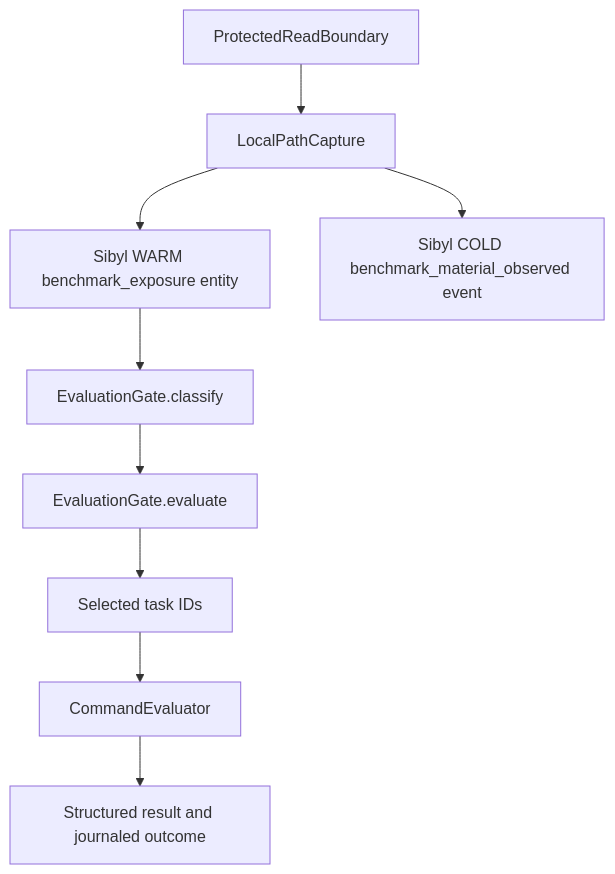
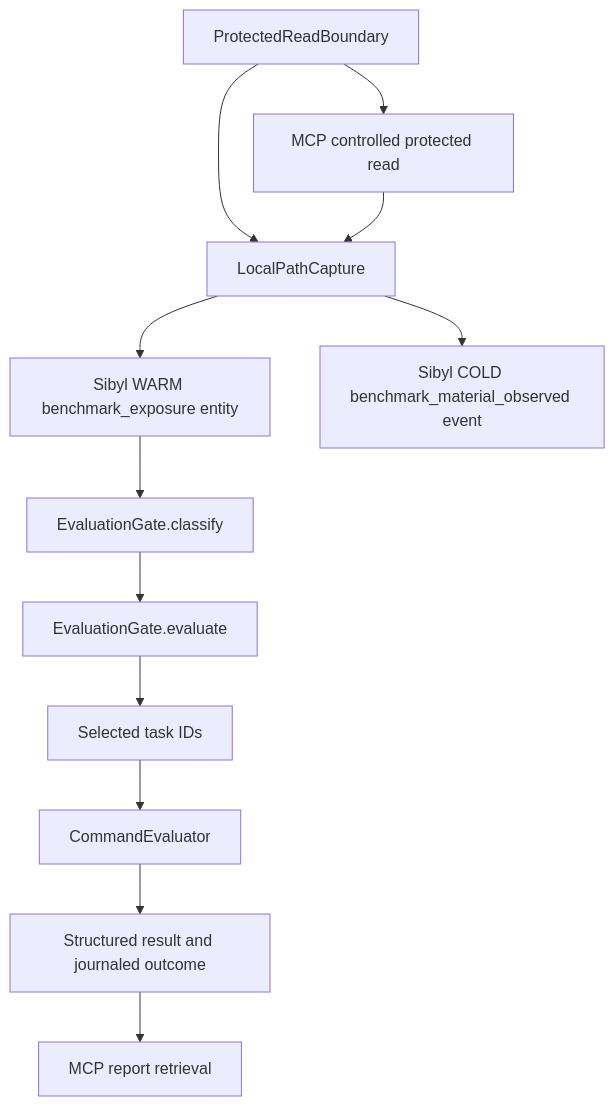
The second of 2 diagrams in README.md (CryptoZephyr/Skepis), drawn with Mermaid before and after one commit. The commit also changed other lines of this file and 5 other files, not shown here.

````diff
--- a/README.md
+++ b/README.md
@@ -122,11 +128,14 @@
 ```mermaid
 flowchart TB
     ReadBoundary["ProtectedReadBoundary"] --> Adapter["LocalPathCapture"]
     Adapter --> Warm["Sibyl WARM benchmark_exposure entity"]
     Adapter --> Cold["Sibyl COLD benchmark_material_observed event"]
     Warm --> Classify["EvaluationGate.classify"]
     Classify --> Policy["EvaluationGate.evaluate"]
     Policy --> Selected["Selected task IDs"]
     Selected --> Evaluator["CommandEvaluator"]
     Evaluator --> Result["Structured result and journaled outcome"]
+    Result --> McpReport["MCP report retrieval"]
+    ReadBoundary --> McpRead["MCP controlled protected read"]
+    McpRead --> Adapter
 ```
````
